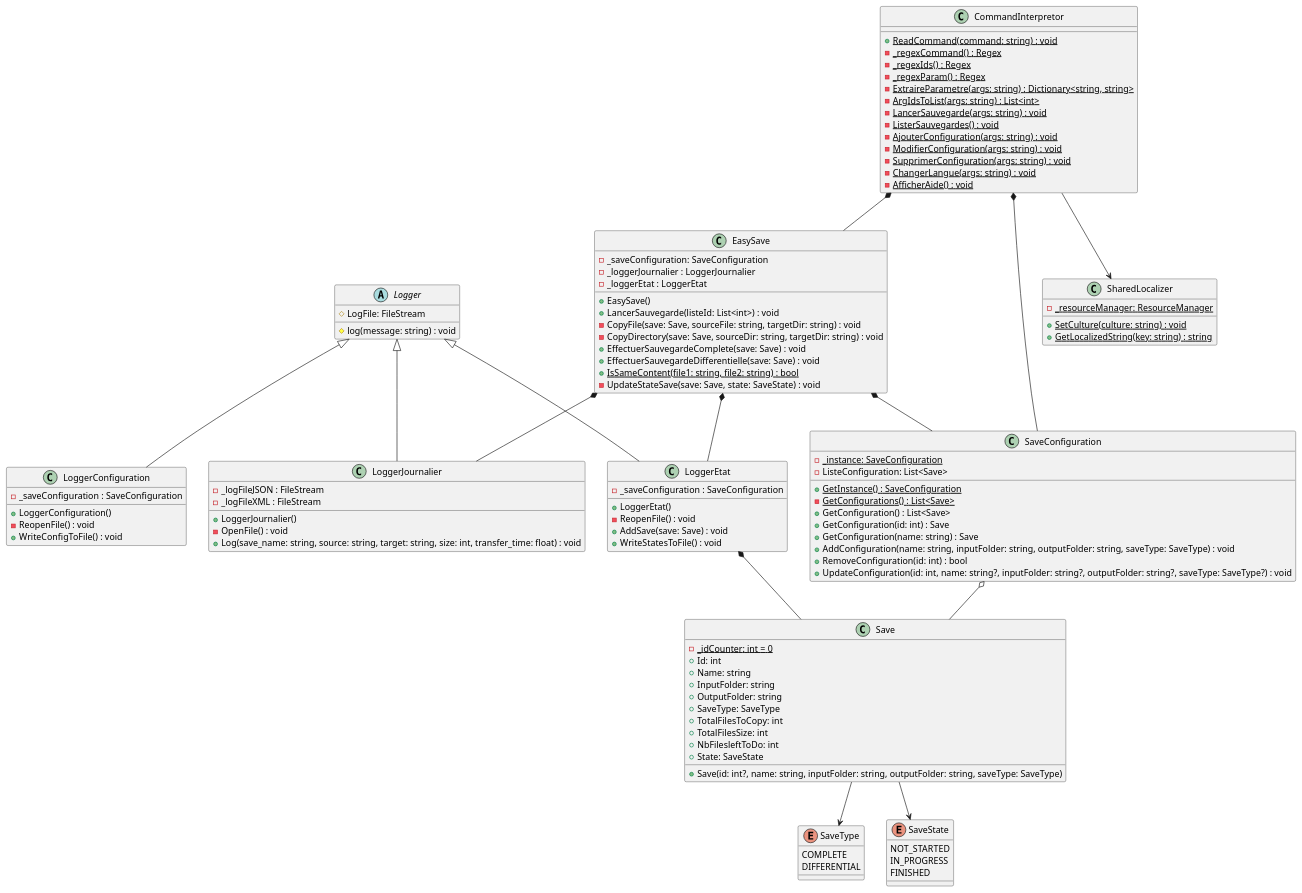
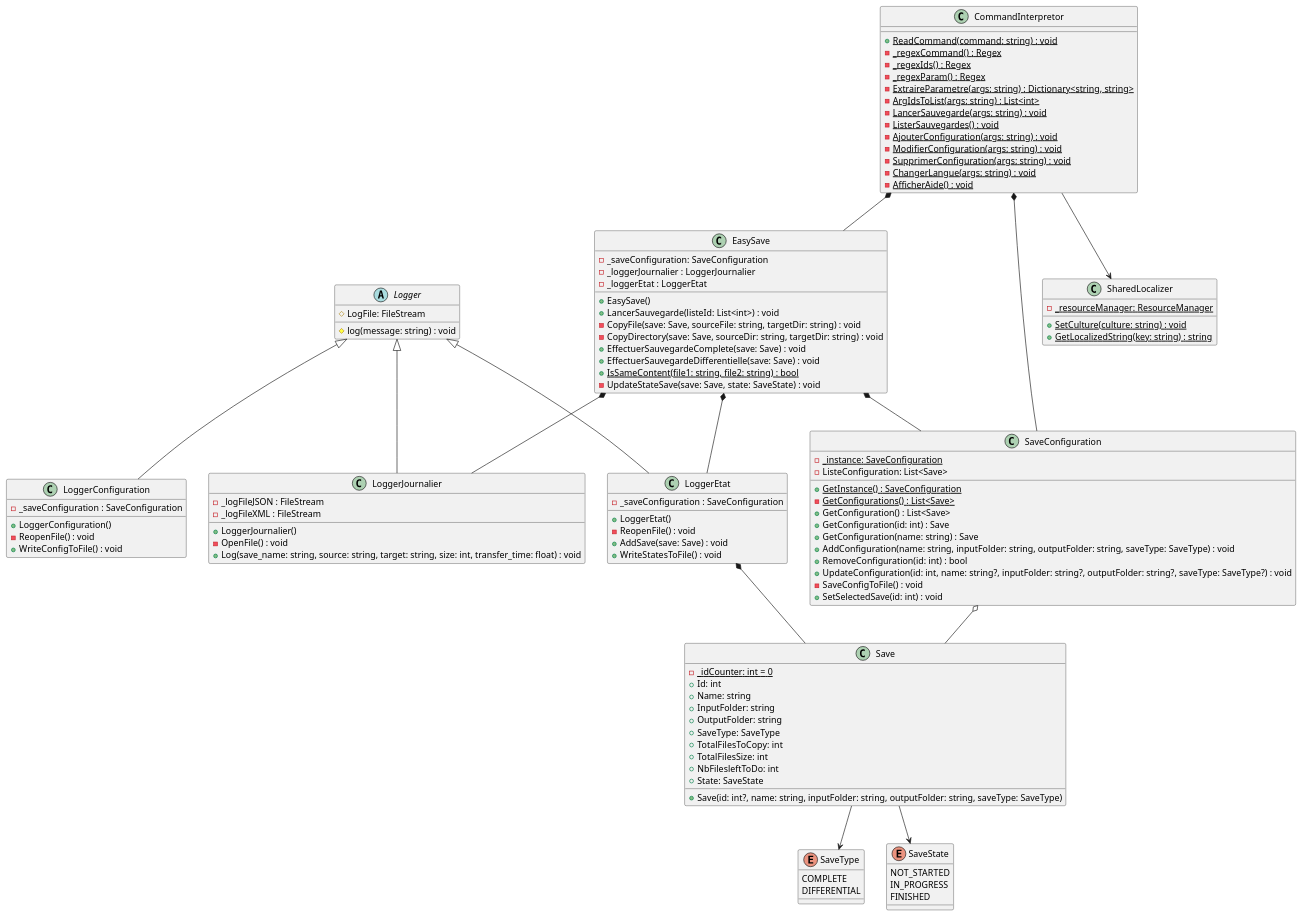
The diagram in UML/ClassDiagram.plantuml (Melvin-Menanteau/EasySave), drawn with PlantUML before and after one commit. The commit also changed 5 other files, not shown here.

```diff
--- a/UML/ClassDiagram.plantuml
+++ b/UML/ClassDiagram.plantuml
@@ -1,117 +1,119 @@
 @startuml Diagramme de classe
 abstract class Logger {
     #LogFile: FileStream
     #log(message: string) : void
 }
 
 Logger <|-- LoggerJournalier
 class LoggerJournalier {
 	-_logFileJSON : FileStream
 	-_logFileXML : FileStream
     +LoggerJournalier()
 	-OpenFile() : void
     +Log(save_name: string, source: string, target: string, size: int, transfer_time: float) : void
 }
 
 Logger <|-- LoggerEtat
 LoggerEtat *-- Save
 class LoggerEtat {
     -_saveConfiguration : SaveConfiguration
     +LoggerEtat()
 	-ReopenFile() : void
     +AddSave(save: Save) : void
     +WriteStatesToFile() : void
 }
 
 Logger <|-- LoggerConfiguration 
 class LoggerConfiguration {
 	-_saveConfiguration : SaveConfiguration
 	+LoggerConfiguration()
 	-ReopenFile() : void
 	+WriteConfigToFile() : void
 }
 
 EasySave *-- SaveConfiguration
 EasySave *-- LoggerJournalier
 EasySave *-- LoggerEtat
 class EasySave {
     -_saveConfiguration: SaveConfiguration
 	-_loggerJournalier : LoggerJournalier
 	-_loggerEtat : LoggerEtat
     +EasySave()
     +LancerSauvegarde(listeId: List<int>) : void
 	-CopyFile(save: Save, sourceFile: string, targetDir: string) : void
     -CopyDirectory(save: Save, sourceDir: string, targetDir: string) : void
     +EffectuerSauvegardeComplete(save: Save) : void
     +EffectuerSauvegardeDifferentielle(save: Save) : void
     {static}+IsSameContent(file1: string, file2: string) : bool
 	-UpdateStateSave(save: Save, state: SaveState) : void
 }
 
 SaveConfiguration o-- Save
 class SaveConfiguration {
 	{static}-_instance: SaveConfiguration
 	-ListeConfiguration: List<Save>
 	{static}+GetInstance() : SaveConfiguration
 	{static}-GetConfigurations() : List<Save>
 	+GetConfiguration() : List<Save>
 	+GetConfiguration(id: int) : Save
 	+GetConfiguration(name: string) : Save
 	+AddConfiguration(name: string, inputFolder: string, outputFolder: string, saveType: SaveType) : void
 	+RemoveConfiguration(id: int) : bool
 	+UpdateConfiguration(id: int, name: string?, inputFolder: string?, outputFolder: string?, saveType: SaveType?) : void
+	-SaveConfigToFile() : void
+	+SetSelectedSave(id: int) : void
 }
 
 enum SaveType {
   COMPLETE
   DIFFERENTIAL
 }
 
 enum SaveState {
   NOT_STARTED
   IN_PROGRESS
   FINISHED
 }
 
 Save --> SaveType
 Save --> SaveState
 class Save {
 	{static}-_idCounter: int = 0
 	+Id: int
 	+Name: string
 	+InputFolder: string
 	+OutputFolder: string
 	+SaveType: SaveType
 	+TotalFilesToCopy: int
 	+TotalFilesSize: int
 	+NbFilesleftToDo: int
 	+State: SaveState
 	+Save(id: int?, name: string, inputFolder: string, outputFolder: string, saveType: SaveType)
 
 }
 
 class SharedLocalizer {
 	{static}-_resourceManager: ResourceManager
 	{static}+SetCulture(culture: string) : void
 	{static}+GetLocalizedString(key: string) : string
 }
 
 CommandInterpretor --> SharedLocalizer
 CommandInterpretor *-- SaveConfiguration
 CommandInterpretor *-- EasySave
 class CommandInterpretor {
 	{static}+ReadCommand(command: string) : void
 	{static}-_regexCommand() : Regex
 	{static}-_regexIds() : Regex
 	{static}-_regexParam() : Regex
 	{static}-ExtraireParametre(args: string) : Dictionary<string, string>
 	{static}-ArgIdsToList(args: string) : List<int>
 	{static}-LancerSauvegarde(args: string) : void
 	{static}-ListerSauvegardes() : void
 	{static}-AjouterConfiguration(args: string) : void
 	{static}-ModifierConfiguration(args: string) : void
 	{static}-SupprimerConfiguration(args: string) : void
 	{static}-ChangerLangue(args: string) : void
 	{static}-AfficherAide() : void
 }
 @enduml
```
